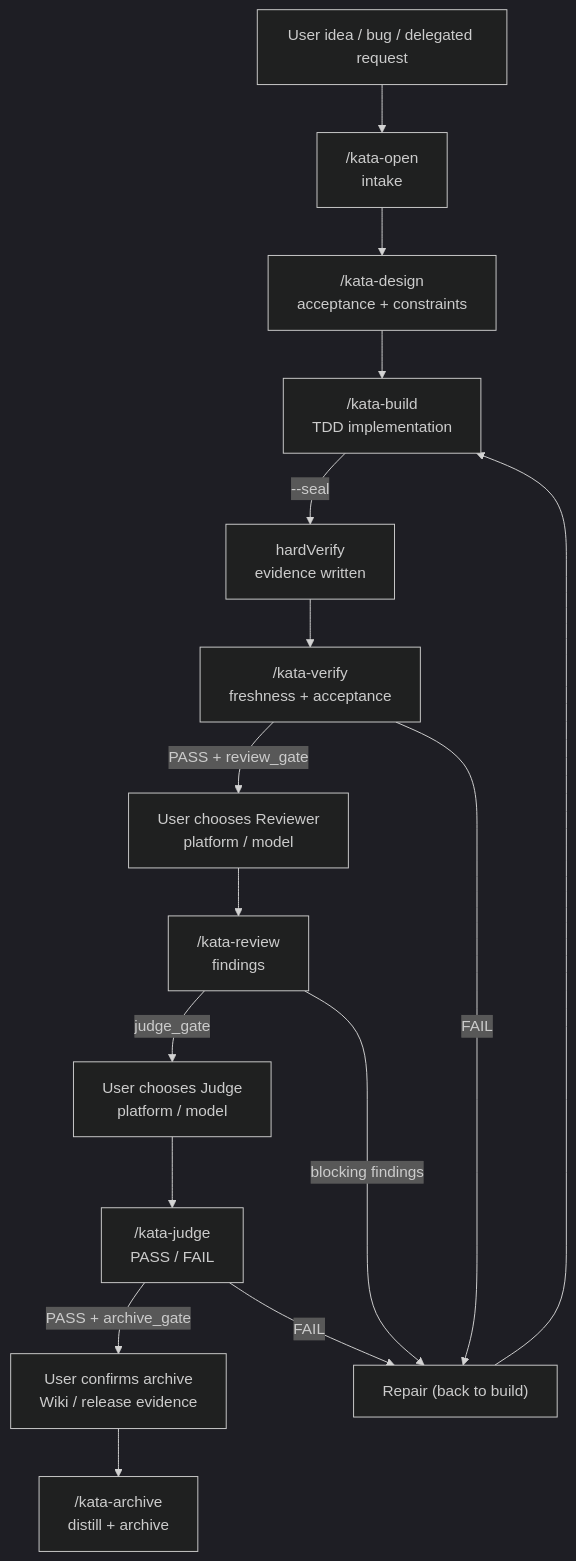
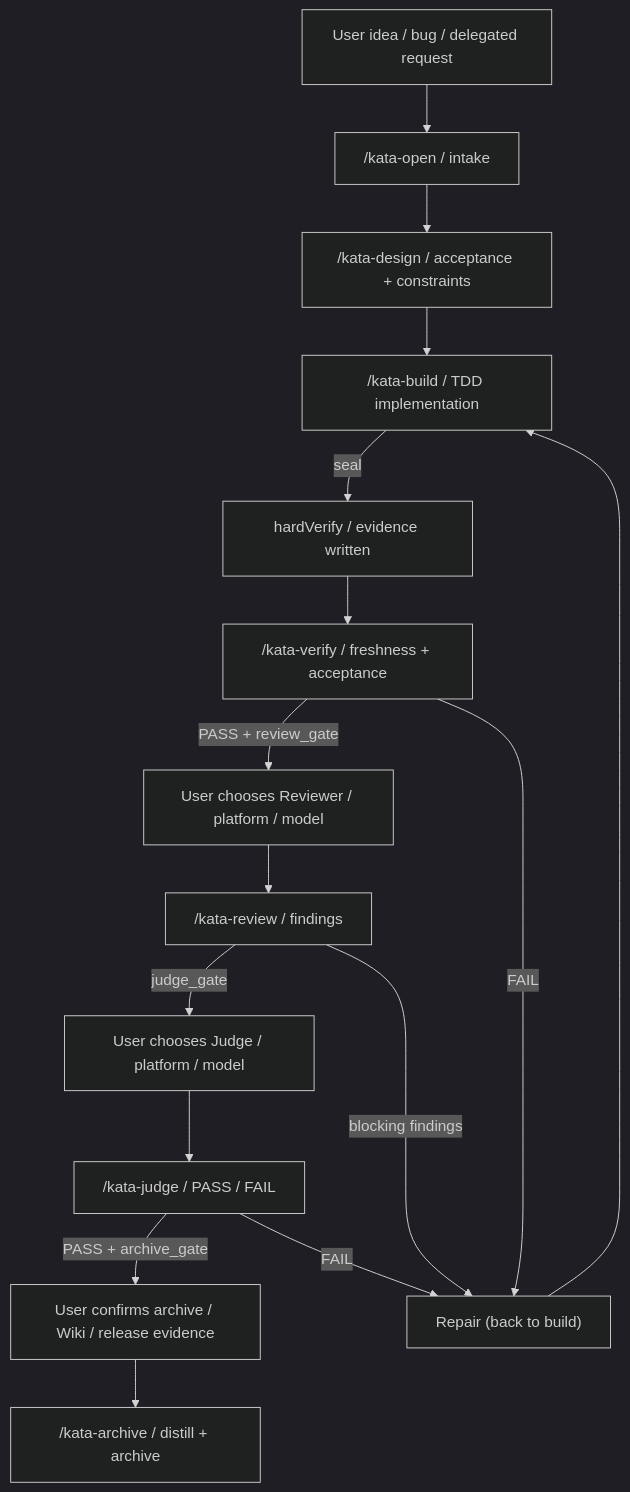
One commit to geebytes/kata changed the second of 6 diagrams in README.md. Above: the diagram before and after it, drawn with Mermaid (dark theme). The commit also changed other lines of this file and 1 other file, not shown here.

Commit message:
docs: fix mermaid diagrams — replace br tags with plain text separators

````diff
--- a/README.md
+++ b/README.md
@@ -89,18 +89,18 @@
 ```mermaid
 flowchart TD
-    U["User idea / bug / delegated request"] --> O["/kata-open<br/>intake"]
-    O --> D["/kata-design<br/>acceptance + constraints"]
-    D --> B["/kata-build<br/>TDD implementation"]
-    B -- "--seal" --> HV["hardVerify<br/>evidence written"]
-    HV --> V["/kata-verify<br/>freshness + acceptance"]
-    V -- "PASS + review_gate" --> RG["User chooses Reviewer<br/>platform / model"]
-    RG --> R["/kata-review<br/>findings"]
-    R -- "judge_gate" --> JG["User chooses Judge<br/>platform / model"]
-    JG --> J["/kata-judge<br/>PASS / FAIL"]
-    J -- "PASS + archive_gate" --> AG["User confirms archive<br/>Wiki / release evidence"]
-    AG --> AR["/kata-archive<br/>distill + archive"]
+    U["User idea / bug / delegated request"] --> O["/kata-open / intake"]
+    O --> D["/kata-design / acceptance + constraints"]
+    D --> B["/kata-build / TDD implementation"]
+    B -- seal --> HV["hardVerify / evidence written"]
+    HV --> V["/kata-verify / freshness + acceptance"]
+    V -- "PASS + review_gate" --> RG["User chooses Reviewer / platform / model"]
+    RG --> R["/kata-review / findings"]
+    R -- "judge_gate" --> JG["User chooses Judge / platform / model"]
+    JG --> J["/kata-judge / PASS / FAIL"]
+    J -- "PASS + archive_gate" --> AG["User confirms archive / Wiki / release evidence"]
+    AG --> AR["/kata-archive / distill + archive"]
     V -- "FAIL" --> REPAIR["Repair (back to build)"]
     R -- "blocking findings" --> REPAIR
     J -- "FAIL" --> REPAIR
     REPAIR --> B
 ```
````
